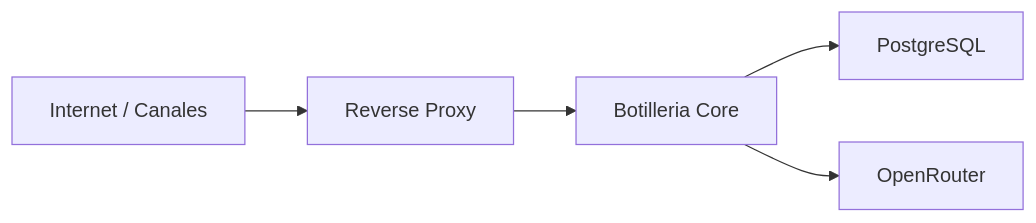
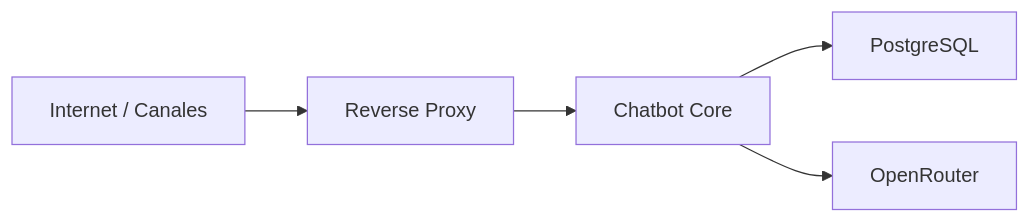
The fifth of 5 diagrams in core/README.md (babaorere/chatbot), drawn with Mermaid before and after one commit. The commit also changed other lines of this file and 38 other files, not shown here.

Commit message:
refactor: generalize project naming from botilleria to chatbot core

````diff
--- a/core/README.md
+++ b/core/README.md
@@ -545,7 +545,7 @@
 ```mermaid
 flowchart LR
     A[Internet / Canales] --> B[Reverse Proxy]
-    B --> C[Botilleria Core]
+    B --> C[Chatbot Core]
     C --> D[PostgreSQL]
     C --> E[OpenRouter]
 ```
````
